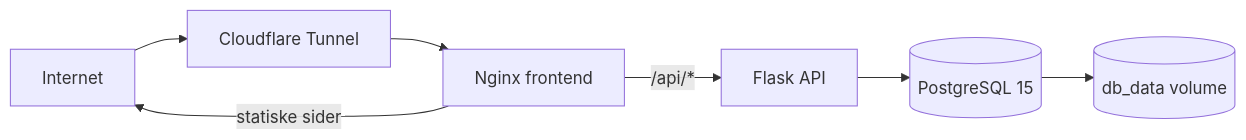
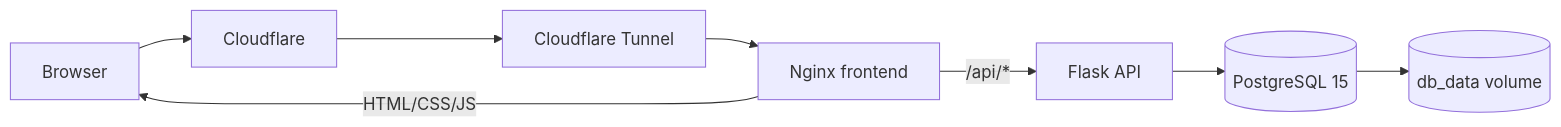
Before and after one commit to jfriisj/vennekredsen: the diagram in wiki/Deployment-and-Operations.md, drawn with Mermaid.

Commit message:
docs: clarify deployment Mermaid flow

````diff
--- a/wiki/Deployment-and-Operations.md
+++ b/wiki/Deployment-and-Operations.md
@@ -9,9 +9,10 @@
 ```mermaid
 flowchart LR
-    U[Internet] --> C[Cloudflare Tunnel]
-    C --> N[Nginx frontend]
-    N -->|statiske sider| U
+    B[Browser] --> CF[Cloudflare]
+    CF --> T[Cloudflare Tunnel]
+    T --> N[Nginx frontend]
+    N -->|HTML/CSS/JS| B
     N -->|/api/*| A[Flask API]
     A --> D[(PostgreSQL 15)]
     D --> V[(db_data volume)]
 ```
````
